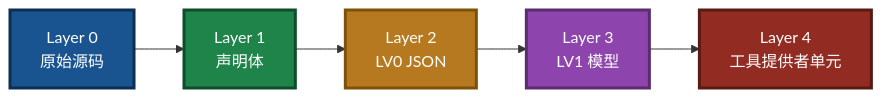
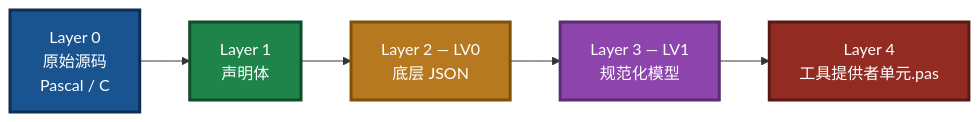
Before and after one commit to PassByYou888/LingoFuse-pasAgent: the seventh of 9 diagrams in readme.md, drawn with Mermaid. The commit also changed other lines of this file and 33 other files, not shown here.

````diff
--- a/readme.md
+++ b/readme.md
@@ -135,13 +229,13 @@
 ```mermaid
 flowchart LR
-    L0["Layer 0<br/>原始源码"] --> L1["Layer 1<br/>声明体"]
-    L1 --> L2["Layer 2<br/>LV0 JSON"]
-    L2 --> L3["Layer 3<br/>LV1 模型"]
-    L3 --> L4["Layer 4<br/>工具提供者单元"]
+    L0["Layer 0<br/>原始源码<br/>Pascal / C"] --> L1["Layer 1<br/>声明体"]
+    L1 --> L2["Layer 2 — LV0<br/>底层 JSON"]
+    L2 --> L3["Layer 3 — LV1<br/>规范化模型"]
+    L3 --> L4["Layer 4<br/>工具提供者单元.pas"]
 
     style L0 fill:#1A5490,stroke:#0D2F52,stroke-width:3px,color:#FFFFFF
     style L1 fill:#1E8449,stroke:#0E4D2A,stroke-width:3px,color:#FFFFFF
     style L2 fill:#B7791F,stroke:#7E5109,stroke-width:3px,color:#FFFFFF
     style L3 fill:#8E44AD,stroke:#5B2C6F,stroke-width:3px,color:#FFFFFF
     style L4 fill:#922B21,stroke:#5A1A14,stroke-width:3px,color:#FFFFFF
 ```
````
